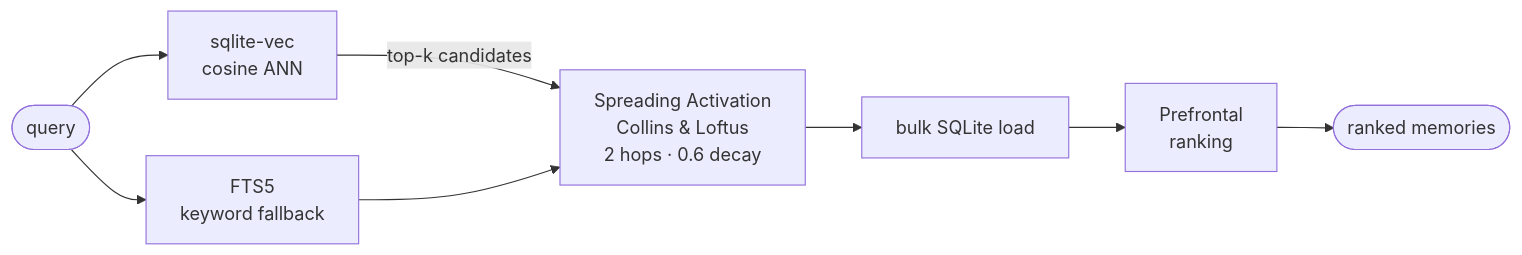
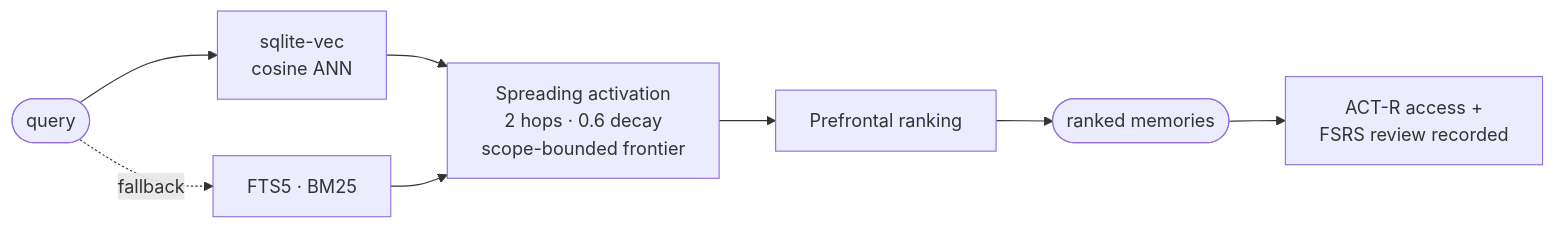
Before and after one commit to buckster123/CerebroCortex-RS: the third of 6 diagrams in README.md, drawn with Mermaid. The commit also changed other lines of this file and 1 other file, not shown here.

````diff
--- a/README.md
+++ b/README.md
@@ -117,10 +183,10 @@
 ```mermaid
 flowchart LR
-    Query([query]) --> VEC[sqlite-vec\ncosine ANN]
-    Query --> FTS[FTS5\nkeyword fallback]
-    VEC -->|top-k candidates| ACT[Spreading Activation\nCollins & Loftus\n2 hops · 0.6 decay]
+    Query([query]) --> VEC[sqlite-vec<br/>cosine ANN]
+    Query -. fallback .-> FTS[FTS5 · BM25]
+    VEC --> ACT[Spreading activation<br/>2 hops · 0.6 decay<br/>scope-bounded frontier]
     FTS --> ACT
-    ACT --> LOAD[bulk SQLite load]
-    LOAD --> PF[Prefrontal\nranking]
-    PF --> Results([ranked memories])
+    ACT --> PF[Prefrontal ranking]
+    PF --> R([ranked memories])
+    R --> REINF[ACT-R access +<br/>FSRS review recorded]
 ```
````
